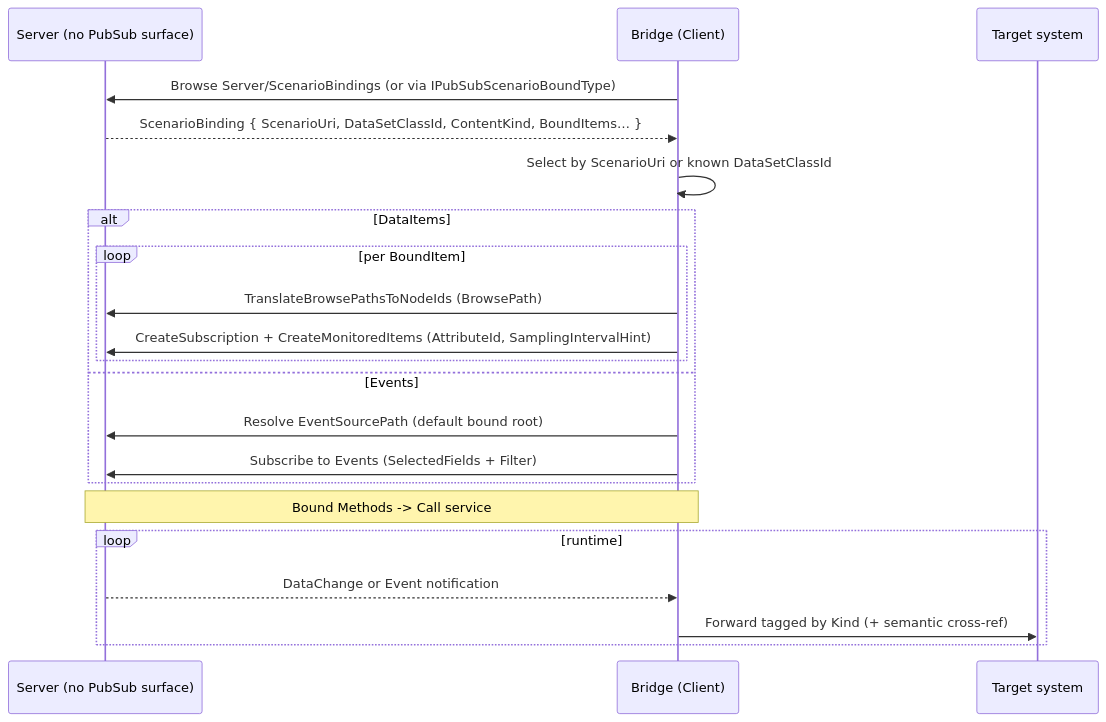
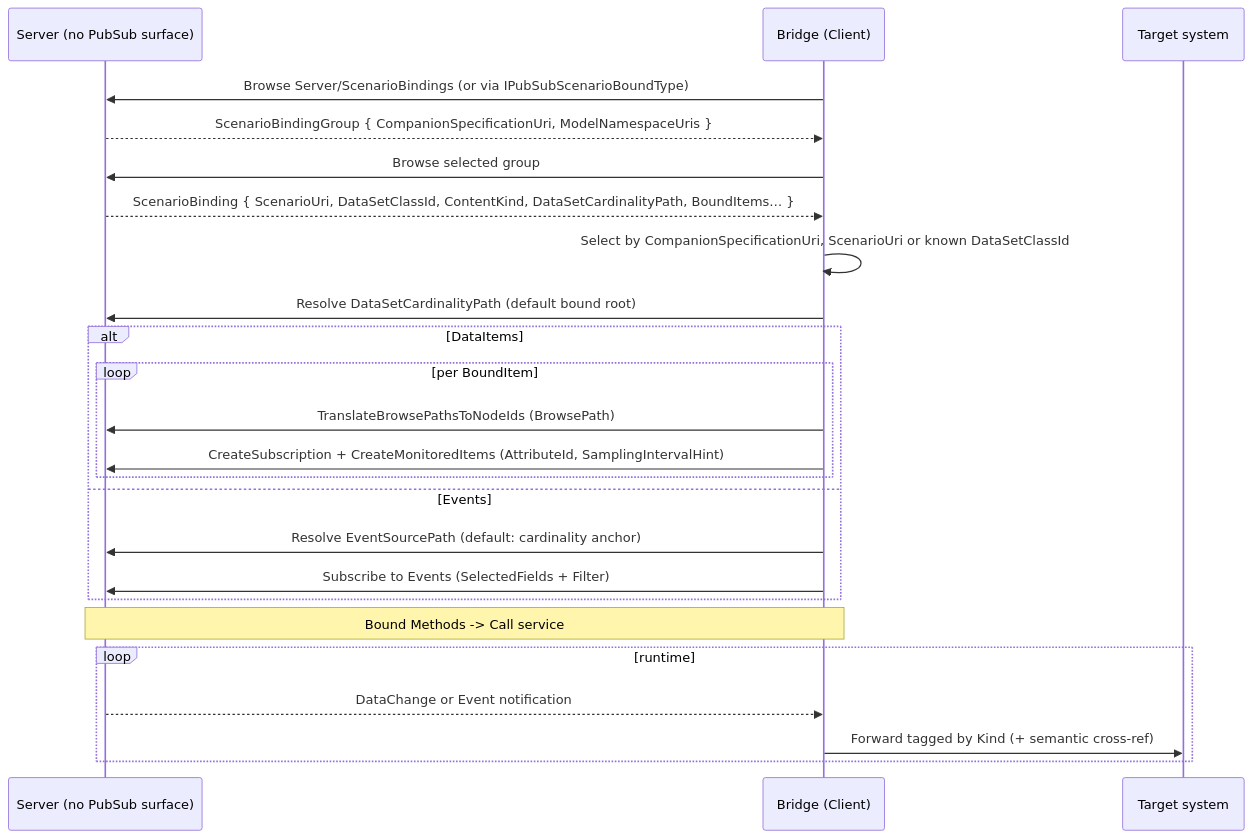
One commit to marcschier/opcua-drafts changed the second of 3 diagrams in core-specs/pubsub-binding/OPC-UA-PubSub-Scenario-Binding.md. Above: the diagram before and after it, drawn with Mermaid. The commit also changed other lines of this file and 12 other files, not shown here.

````diff
--- a/core-specs/pubsub-binding/OPC-UA-PubSub-Scenario-Binding.md
+++ b/core-specs/pubsub-binding/OPC-UA-PubSub-Scenario-Binding.md
@@ -292,23 +319,26 @@
 ```mermaid
 sequenceDiagram
   participant S as Server (no PubSub surface)
   participant B as Bridge (Client)
   participant X as Target system
   B->>S: Browse Server/ScenarioBindings (or via IPubSubScenarioBoundType)
-  S-->>B: ScenarioBinding { ScenarioUri, DataSetClassId, ContentKind, BoundItems… }
-  B->>B: Select by ScenarioUri or known DataSetClassId
+  S-->>B: ScenarioBindingGroup { CompanionSpecificationUri, ModelNamespaceUris }
+  B->>S: Browse selected group
+  S-->>B: ScenarioBinding { ScenarioUri, DataSetClassId, ContentKind, DataSetCardinalityPath, BoundItems… }
+  B->>B: Select by CompanionSpecificationUri, ScenarioUri or known DataSetClassId
+  B->>S: Resolve DataSetCardinalityPath (default bound root)
   alt DataItems
     loop per BoundItem
       B->>S: TranslateBrowsePathsToNodeIds (BrowsePath)
       B->>S: CreateSubscription + CreateMonitoredItems (AttributeId, SamplingIntervalHint)
     end
   else Events
-    B->>S: Resolve EventSourcePath (default bound root)
+    B->>S: Resolve EventSourcePath (default: cardinality anchor)
     B->>S: Subscribe to Events (SelectedFields + Filter)
   end
   Note over S,B: Bound Methods -> Call service
   loop runtime
     S-->>B: DataChange or Event notification
     B->>X: Forward tagged by Kind (+ semantic cross-ref)
   end
 ```
````
